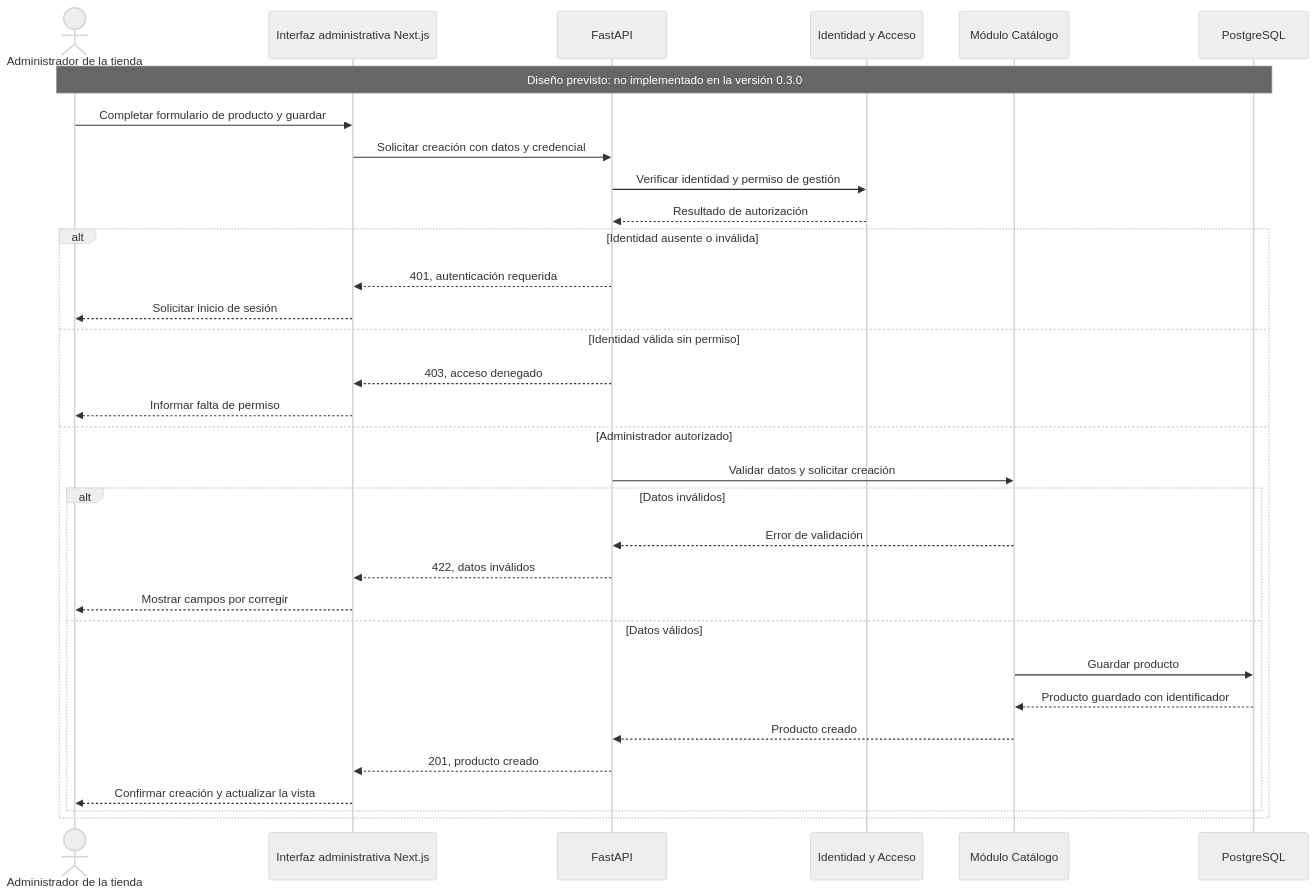
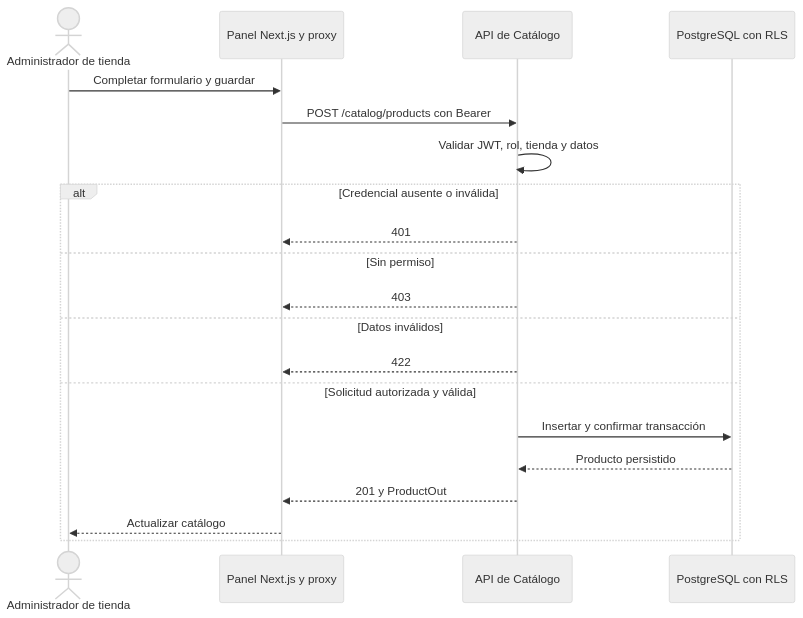
One commit to ISCOUTB/AS_202620_TIENDA-VIRTUAL-UTB changed the diagram in docs/api/administracion-catalogo.md. Above: the diagram before and after it, drawn with Mermaid (neutral theme). The commit also changed other lines of this file and 25 other files, not shown here.

````diff
--- a/docs/api/administracion-catalogo.md
+++ b/docs/api/administracion-catalogo.md
@@ -64,35 +18,22 @@
 ```mermaid
 sequenceDiagram
-    actor Admin as Administrador de la tienda
-    participant Web as Interfaz administrativa Next.js
-    participant API as FastAPI
-    participant Identity as Identidad y Acceso
-    participant Catalogo as Módulo Catálogo
-    participant BD as PostgreSQL
-
-    Note over Admin,BD: Diseño previsto: no implementado en la versión 0.3.0
-    Admin->>Web: Completar formulario de producto y guardar
-    Web->>API: Solicitar creación con datos y credencial
-    API->>Identity: Verificar identidad y permiso de gestión
-    Identity-->>API: Resultado de autorización
-    alt Identidad ausente o inválida
-        API-->>Web: 401, autenticación requerida
-        Web-->>Admin: Solicitar inicio de sesión
-    else Identidad válida sin permiso
-        API-->>Web: 403, acceso denegado
-        Web-->>Admin: Informar falta de permiso
-    else Administrador autorizado
-        API->>Catalogo: Validar datos y solicitar creación
-        alt Datos inválidos
-            Catalogo-->>API: Error de validación
-            API-->>Web: 422, datos inválidos
-            Web-->>Admin: Mostrar campos por corregir
-        else Datos válidos
-            Catalogo->>BD: Guardar producto
-            BD-->>Catalogo: Producto guardado con identificador
-            Catalogo-->>API: Producto creado
-            API-->>Web: 201, producto creado
-            Web-->>Admin: Confirmar creación y actualizar la vista
-        end
+    actor Admin as Administrador de tienda
+    participant Web as Panel Next.js y proxy
+    participant API as API de Catálogo
+    participant DB as PostgreSQL con RLS
+    Admin->>Web: Completar formulario y guardar
+    Web->>API: POST /catalog/products con Bearer
+    API->>API: Validar JWT, rol, tienda y datos
+    alt Credencial ausente o inválida
+        API-->>Web: 401
+    else Sin permiso
+        API-->>Web: 403
+    else Datos inválidos
+        API-->>Web: 422
+    else Solicitud autorizada y válida
+        API->>DB: Insertar y confirmar transacción
+        DB-->>API: Producto persistido
+        API-->>Web: 201 y ProductOut
+        Web-->>Admin: Actualizar catálogo
     end
 ```
````
